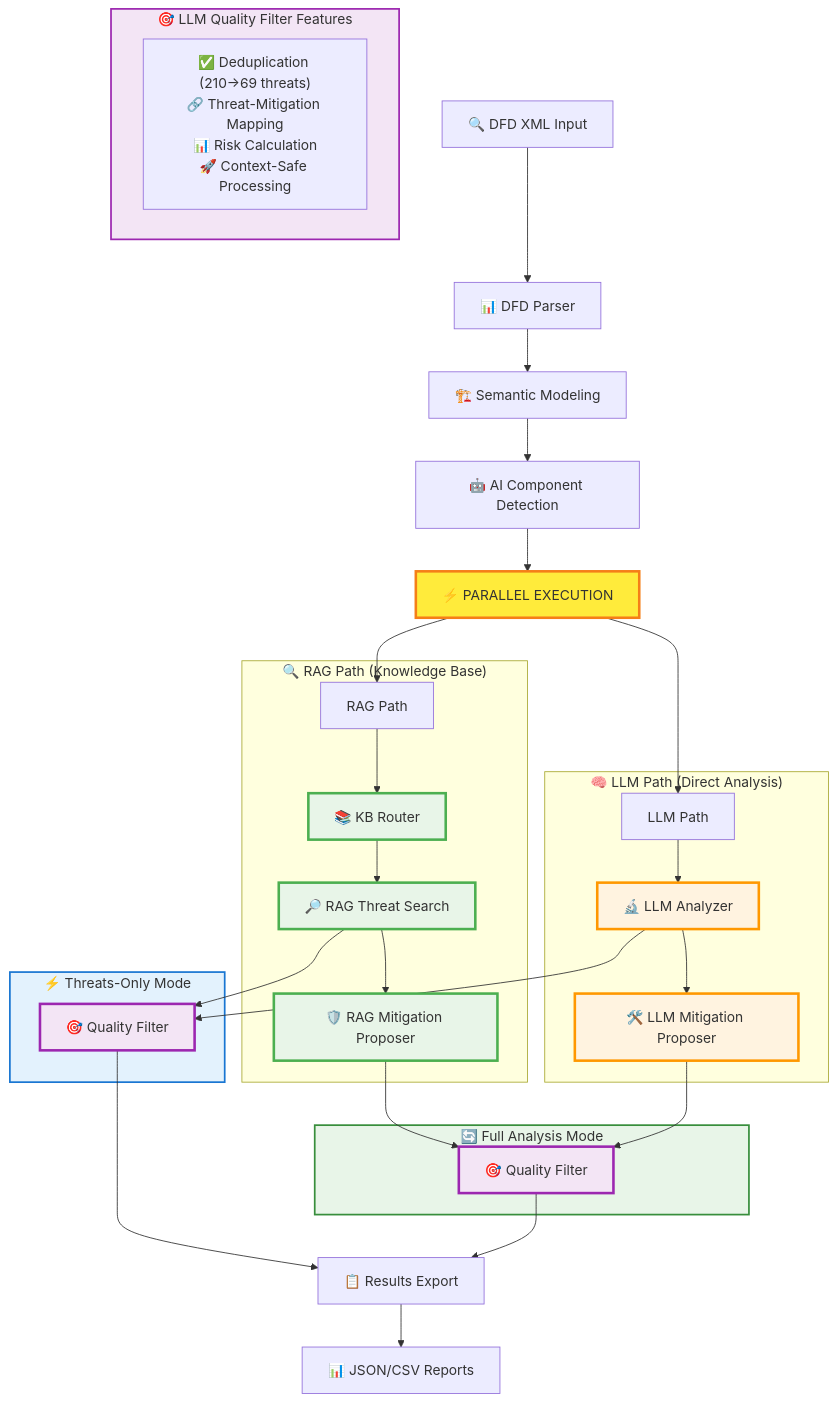
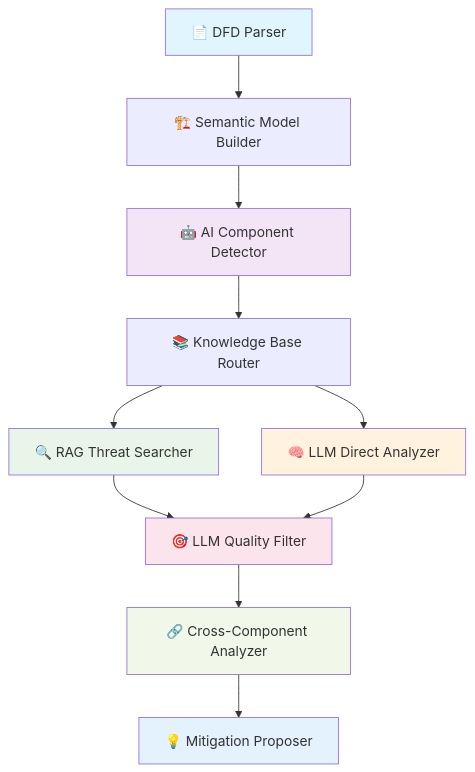
One commit to fennih/fraitmo changed the diagram in README.md. Above: the diagram before and after it, drawn with Mermaid. The commit also changed other lines of this file and 4 other files, not shown here.

Commit message:
small edit on prompt for improvement on threat detection, refactor README

````diff
--- a/README.md
+++ b/README.md
@@ -370,52 +27,23 @@
 ```mermaid
 graph TD
-    A["🔍 DFD XML Input"] --> B["📊 DFD Parser"]
-    B --> C["🏗️ Semantic Modeling"]
-    C --> D["🤖 AI Component Detection"]
-
-    D --> E["⚡ PARALLEL EXECUTION"]
-
-    E --> F["RAG Path"]
-    E --> G["LLM Path"]
-
-    subgraph RAG["🔍 RAG Path (Knowledge Base)"]
-        F --> H["📚 KB Router"]
-        H --> I["🔎 RAG Threat Search"]
-        I --> K["🛡️ RAG Mitigation Proposer"]
-    end
-
-    subgraph LLM["🧠 LLM Path (Direct Analysis)"]
-        G --> L["🔬 LLM Analyzer"]
-        L --> M["🛠️ LLM Mitigation Proposer"]
-    end
-
-    subgraph THREATS_ONLY["⚡ Threats-Only Mode"]
-        I --> QF1["🎯 Quality Filter"]
-        L --> QF1
-    end
-
-    subgraph FULL_MODE["🔄 Full Analysis Mode"]
-        K --> QF2["🎯 Quality Filter"]
-        M --> QF2
-    end
-
-    QF1 --> N["📋 Results Export"]
-    QF2 --> N
-    N --> O["📊 JSON/CSV Reports"]
-
-    subgraph QUALITY["🎯 LLM Quality Filter Features"]
-        QF["✅ Deduplication (210→69 threats)<br/>🔗 Threat-Mitigation Mapping<br/>📊 Risk Calculation<br/>🚀 Context-Safe Processing"]
-    end
-
-    style E fill:#ffeb3b,stroke:#f57f17,stroke-width:3px
-    style H fill:#e8f5e8,stroke:#4caf50,stroke-width:3px
-    style I fill:#e8f5e8,stroke:#4caf50,stroke-width:3px
-    style K fill:#e8f5e8,stroke:#4caf50,stroke-width:3px
-    style L fill:#fff3e0,stroke:#ff9800,stroke-width:3px
-    style M fill:#fff3e0,stroke:#ff9800,stroke-width:3px
-    style QF1 fill:#f3e5f5,stroke:#9c27b0,stroke-width:3px
-    style QF2 fill:#f3e5f5,stroke:#9c27b0,stroke-width:3px
-    style QUALITY fill:#f3e5f5,stroke:#9c27b0,stroke-width:2px
-    style THREATS_ONLY fill:#e3f2fd,stroke:#1976d2,stroke-width:2px
-    style FULL_MODE fill:#e8f5e8,stroke:#388e3c,stroke-width:2px
+    A[📄 DFD Parser] --> B[🏗️ Semantic Model Builder]
+    B --> C[🤖 AI Component Detector]
+    C --> D[📚 Knowledge Base Router]
+    
+    D --> E[🔍 RAG Threat Searcher]
+    D --> F[🧠 LLM Direct Analyzer]
+    
+    E --> G[🎯 LLM Quality Filter]
+    F --> G
+    
+    G --> H[🔗 Cross-Component Analyzer]
+    H --> I[💡 Mitigation Proposer]
+    
+    style A fill:#e1f5fe
+    style C fill:#f3e5f5
+    style E fill:#e8f5e8
+    style F fill:#fff3e0
+    style G fill:#fce4ec
+    style H fill:#f1f8e9
+    style I fill:#e3f2fd
 ```
````
